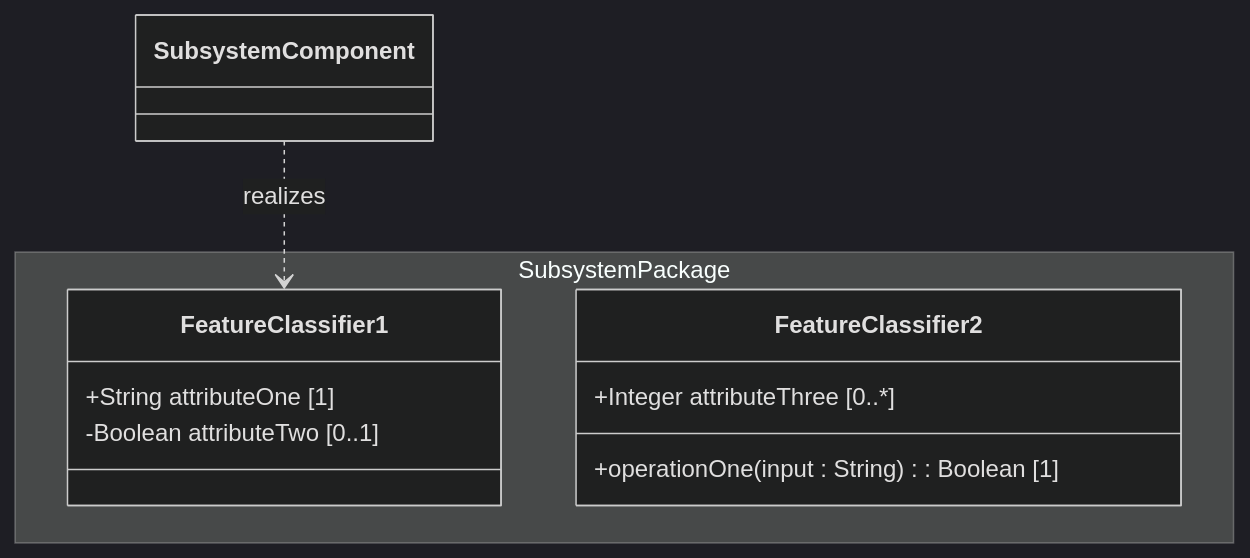
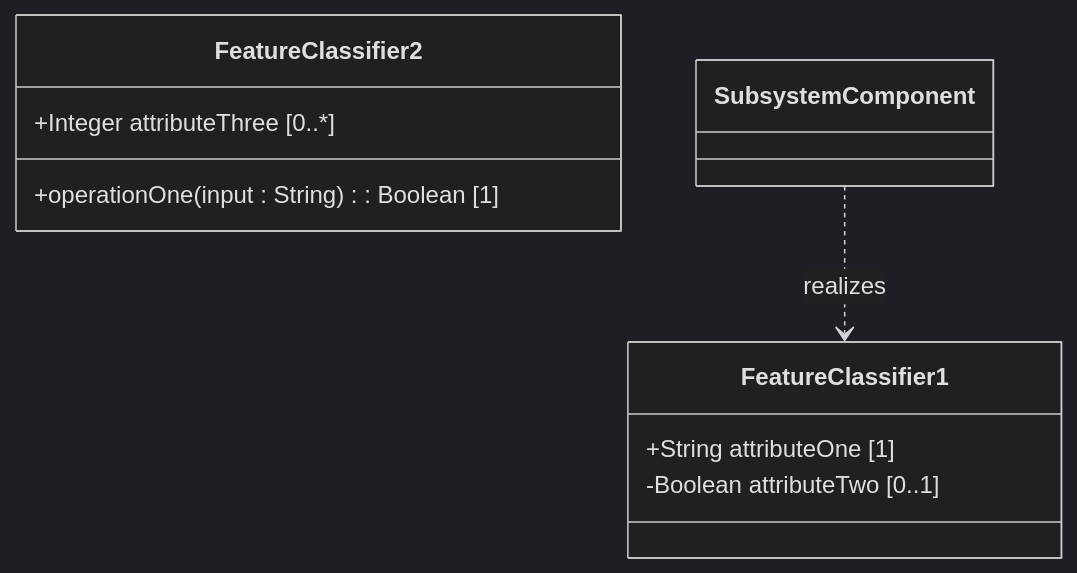
Before and after one commit to gintatkinson/digital-pipeline-repo: the first of 2 diagrams in skills/schema-specification-engineering/SKILL.md, drawn with Mermaid (dark theme). The commit also changed other lines of this file, not shown here.

Commit message:
fix: remove invalid Mermaid namespace syntax from Epic class diagram template

````diff
--- a/skills/schema-specification-engineering/SKILL.md
+++ b/skills/schema-specification-engineering/SKILL.md
@@ -118,14 +118,12 @@
     ```mermaid
     classDiagram
-        namespace SubsystemPackage {
-            class FeatureClassifier1 {
-                +String attributeOne [1]
-                -Boolean attributeTwo [0..1]
-            }
-            class FeatureClassifier2 {
-                +Integer attributeThree [0..*]
-                +operationOne(input : String) : Boolean [1]
-            }
+        class FeatureClassifier1 {
+            +String attributeOne [1]
+            -Boolean attributeTwo [0..1]
+        }
+        class FeatureClassifier2 {
+            +Integer attributeThree [0..*]
+            +operationOne(input : String) : Boolean [1]
         }
         SubsystemComponent ..> FeatureClassifier1 : realizes
     ```
````
